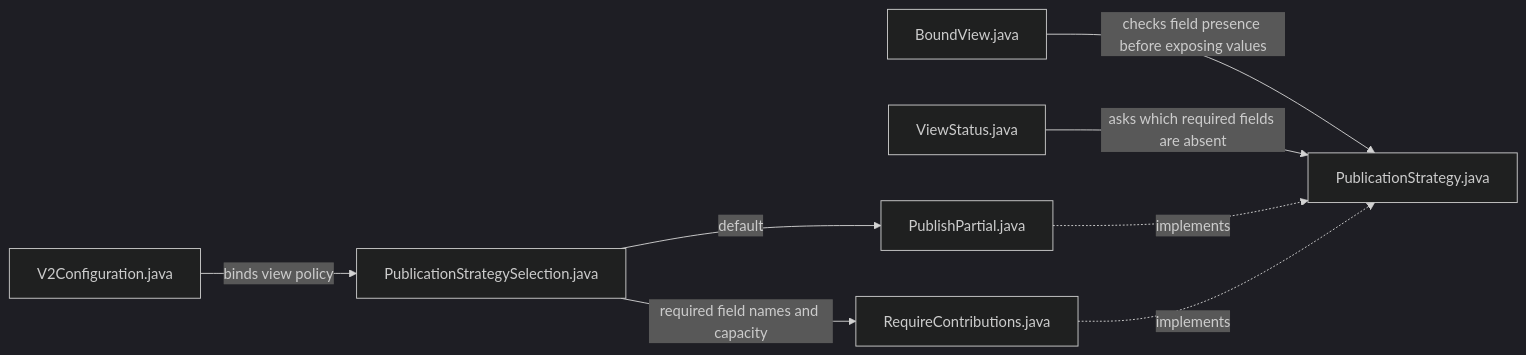
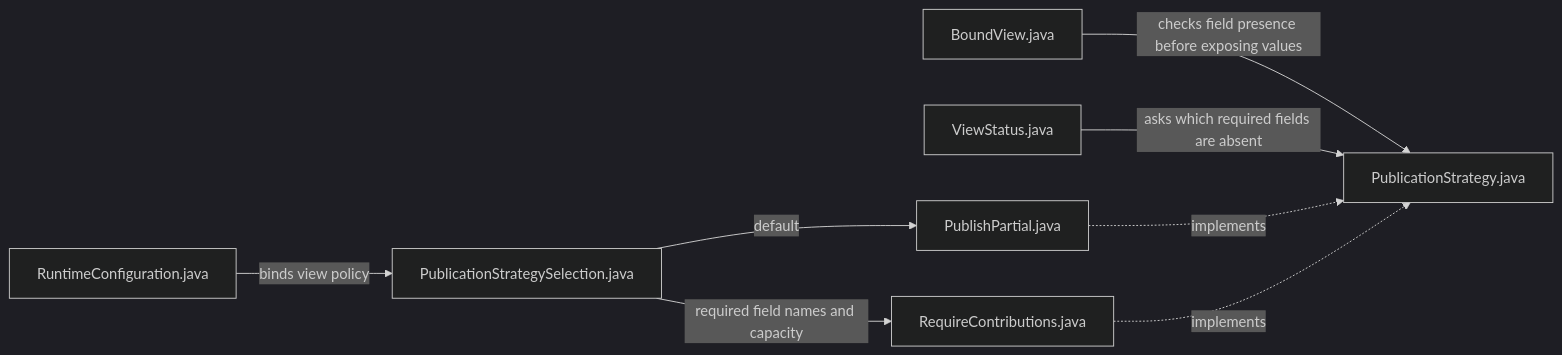
The fourth of 7 diagrams in zooglass/docs/source-map.md (sproates/zooglass), drawn with Mermaid (dark theme) before and after one commit. The commit also changed other lines of this file and 451 other files, not shown here.

````diff
--- a/zooglass/docs/source-map.md
+++ b/zooglass/docs/source-map.md
@@ -76,10 +76,10 @@
 ```mermaid
 flowchart LR
-  config["V2Configuration.java"] -->|binds view policy| select["PublicationStrategySelection.java"]
+  config["RuntimeConfiguration.java"] -->|binds view policy| select["PublicationStrategySelection.java"]
   select -->|default| partial["PublishPartial.java"]
   select -->|required field names and capacity| gate["RequireContributions.java"]
   bound["BoundView.java"] -->|checks field presence before exposing values| policy["PublicationStrategy.java"]
   status["ViewStatus.java"] -->|asks which required fields are absent| policy
   partial -.->|implements| policy
   gate -.->|implements| policy
 ```
````
